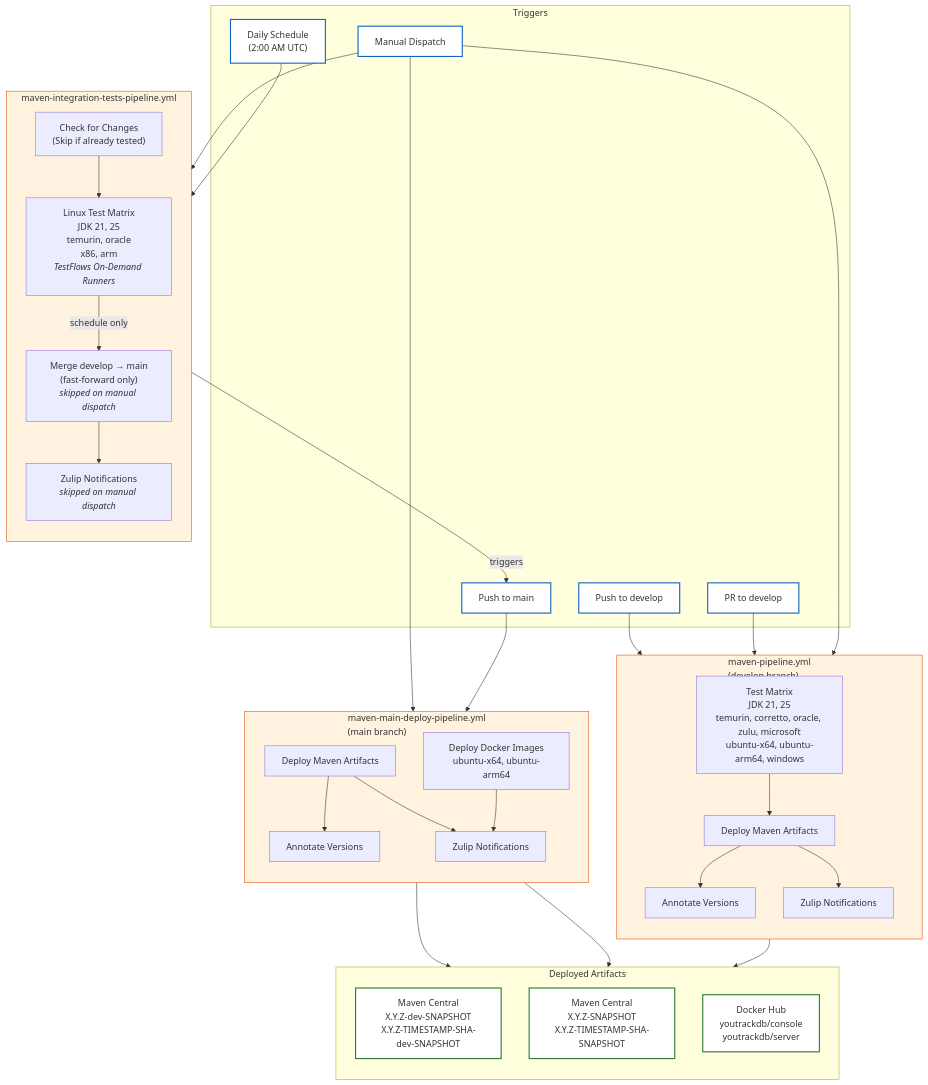
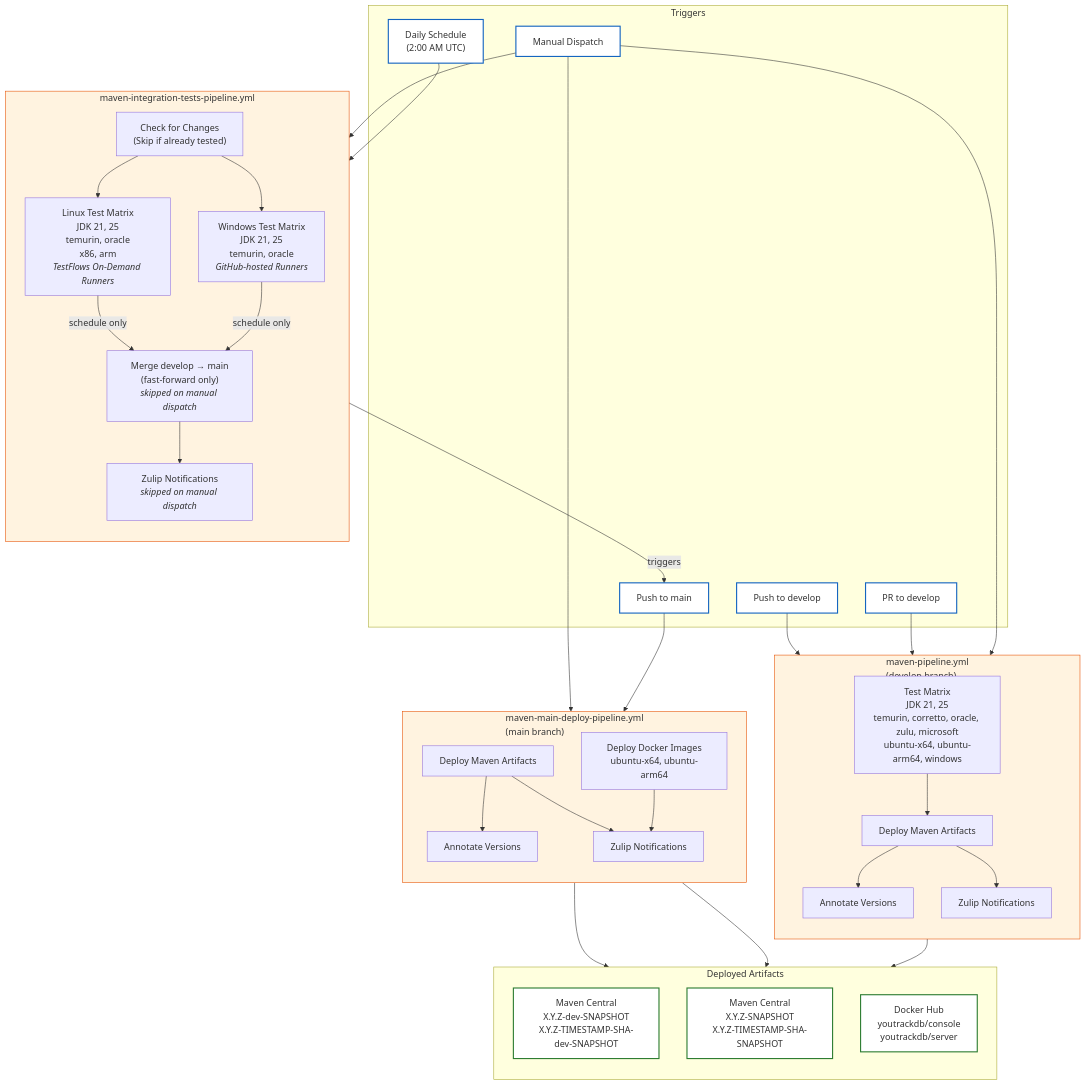
The diagram in .github/workflows/ci-cd-diagram.md (JetBrains/youtrackdb), drawn with Mermaid before and after one commit. The commit also changed other lines of this file and 1 other file, not shown here.

First line of the commit message:
YTDB-278: Enable Windows tests in integration tests pipeline

```diff
--- a/.github/workflows/ci-cd-diagram.md
+++ b/.github/workflows/ci-cd-diagram.md
@@ -25,10 +25,13 @@
         direction TB
         it_check["Check for Changes<br/>(Skip if already tested)"]
         it_test_linux["Linux Test Matrix<br/>JDK 21, 25<br/>temurin, oracle<br/>x86, arm<br/><i>TestFlows On-Demand Runners</i>"]
+        it_test_windows["Windows Test Matrix<br/>JDK 21, 25<br/>temurin, oracle<br/><i>GitHub-hosted Runners</i>"]
         it_merge["Merge develop → main<br/>(fast-forward only)<br/><i>skipped on manual dispatch</i>"]
         it_notify["Zulip Notifications<br/><i>skipped on manual dispatch</i>"]
       it_check --> it_test_linux
+      it_check --> it_test_windows
       it_test_linux -->|" schedule only "| it_merge
+      it_test_windows -->|" schedule only "| it_merge
         it_merge --> it_notify
     end
 
```
